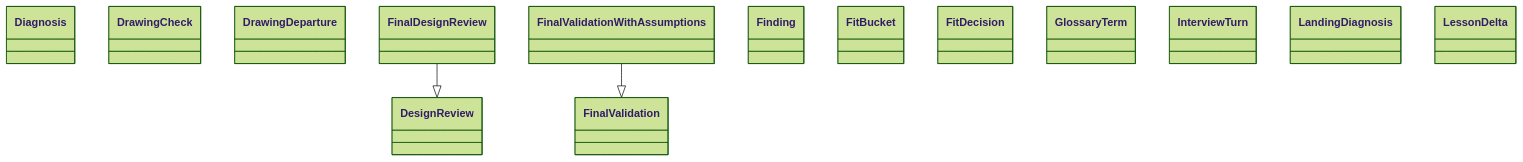
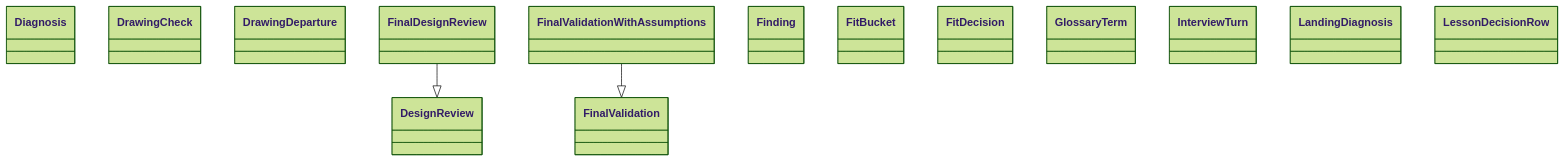
One commit to GonzaloZevallos/agentic-system changed the diagram in docs/architecture/generated/classes-process-domain-roles-3.md. Above: the diagram before and after it, drawn with Mermaid (forest theme). The commit also changed other lines of this file and 22 other files, not shown here.

Commit message:
Place the lesson decision module in the docs clusters and regenerate the architecture pages

````diff
--- a/docs/architecture/generated/classes-process-domain-roles-3.md
+++ b/docs/architecture/generated/classes-process-domain-roles-3.md
@@ -31,19 +31,19 @@
 ```mermaid
 classDiagram
     class schemas__DesignReview["DesignReview"]
     class schemas__Diagnosis["Diagnosis"]
     class schemas__DrawingCheck["DrawingCheck"]
     class schemas__DrawingDeparture["DrawingDeparture"]
     class schemas__FinalDesignReview["FinalDesignReview"]
     class schemas__FinalValidation["FinalValidation"]
     class schemas__FinalValidationWithAssumptions["FinalValidationWithAssumptions"]
     class schemas__Finding["Finding"]
     class schemas__FitBucket["FitBucket"]
     class schemas__FitDecision["FitDecision"]
     class schemas__GlossaryTerm["GlossaryTerm"]
     class schemas__InterviewTurn["InterviewTurn"]
     class schemas__LandingDiagnosis["LandingDiagnosis"]
-    class schemas__LessonDelta["LessonDelta"]
+    class schemas__LessonDecisionRow["LessonDecisionRow"]
     schemas__FinalDesignReview --|> schemas__DesignReview
     schemas__FinalValidationWithAssumptions --|> schemas__FinalValidation
 ```
````
